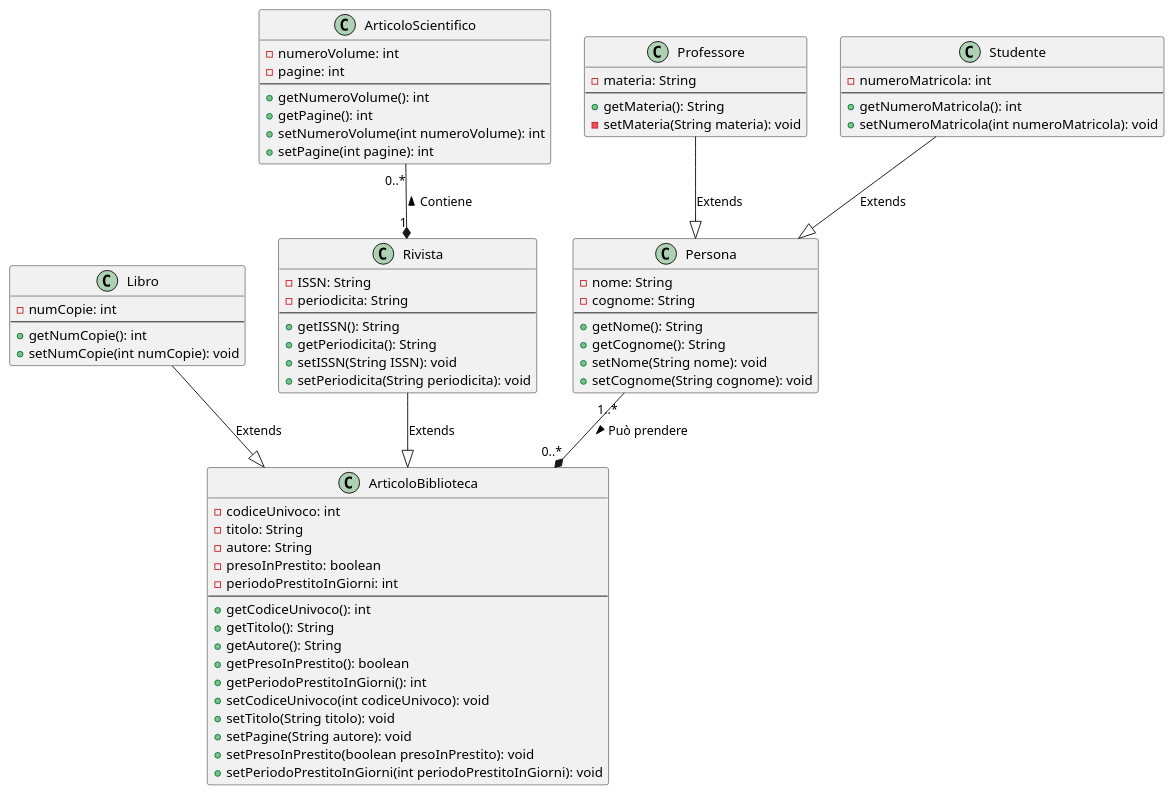
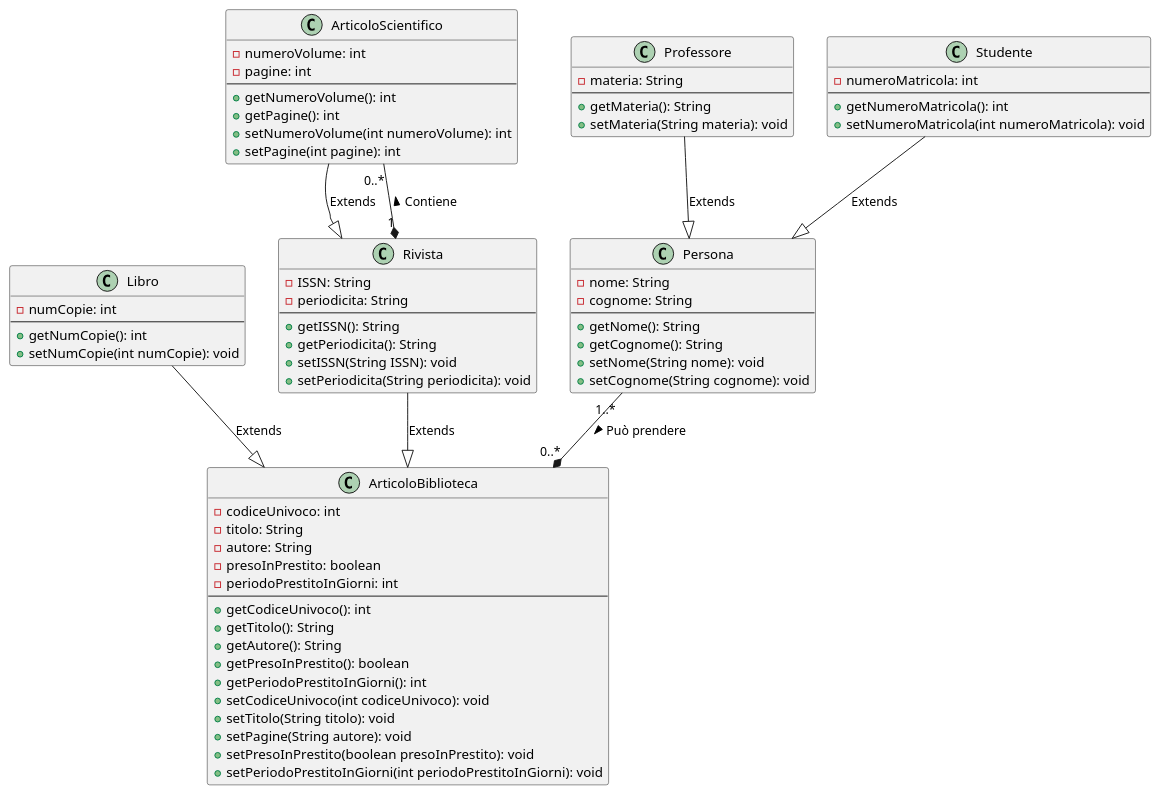
Before and after one commit to cristiandamico08-jpg/repository_generale: the diagram in TPSI/UML/es_biblioteca/diagrammaClassi.puml, drawn with PlantUML.

Commit message:
Aggiunto es_biblioteca con il diagramma delle classi

```diff
--- a/TPSI/UML/es_biblioteca/diagrammaClassi.puml
+++ b/TPSI/UML/es_biblioteca/diagrammaClassi.puml
@@ -1,80 +1,81 @@
 @startuml diagrammaClassi.puml
 
 class ArticoloBiblioteca{
     - codiceUnivoco: int
     - titolo: String
     - autore: String
     - presoInPrestito: boolean
     - periodoPrestitoInGiorni: int
     --
     + getCodiceUnivoco(): int
     + getTitolo(): String
     + getAutore(): String
     + getPresoInPrestito(): boolean
     + getPeriodoPrestitoInGiorni(): int
     + setCodiceUnivoco(int codiceUnivoco): void
     + setTitolo(String titolo): void
     + setPagine(String autore): void
     + setPresoInPrestito(boolean presoInPrestito): void
     + setPeriodoPrestitoInGiorni(int periodoPrestitoInGiorni): void
 }
 
 class Libro {
     - numCopie: int
     --
     + getNumCopie(): int
     + setNumCopie(int numCopie): void
 }
 
 class Rivista {
     - ISSN: String
     - periodicita: String
     --
     + getISSN(): String
     + getPeriodicita(): String
     + setISSN(String ISSN): void
     + setPeriodicita(String periodicita): void
 }
 
 class ArticoloScientifico {
     - numeroVolume: int
     - pagine: int
     --
     + getNumeroVolume(): int
     + getPagine(): int
     + setNumeroVolume(int numeroVolume): int
     + setPagine(int pagine): int
 }
 
 class Persona {
     - nome: String
     - cognome: String
     --
     + getNome(): String
     + getCognome(): String
     + setNome(String nome): void
     + setCognome(String cognome): void
 }
 
 class Professore {
     - materia: String
     --
     + getMateria(): String
-    - setMateria(String materia): void
+    + setMateria(String materia): void
 }
 
 class Studente {
     - numeroMatricola: int
     --
     + getNumeroMatricola(): int
     + setNumeroMatricola(int numeroMatricola): void
 }
 
 Professore --|> Persona : Extends
 Studente --|> Persona : Extends
 Libro --|> ArticoloBiblioteca : Extends
 Rivista --|> ArticoloBiblioteca : Extends
+ArticoloScientifico --|> Rivista : Extends
 ArticoloScientifico "0..*" --* "1" Rivista : < Contiene
 Persona "1..*" --* "0..*" ArticoloBiblioteca : > Può prendere
 
 @enduml
```
